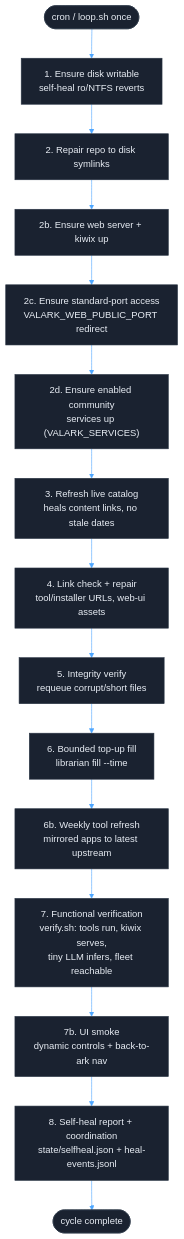
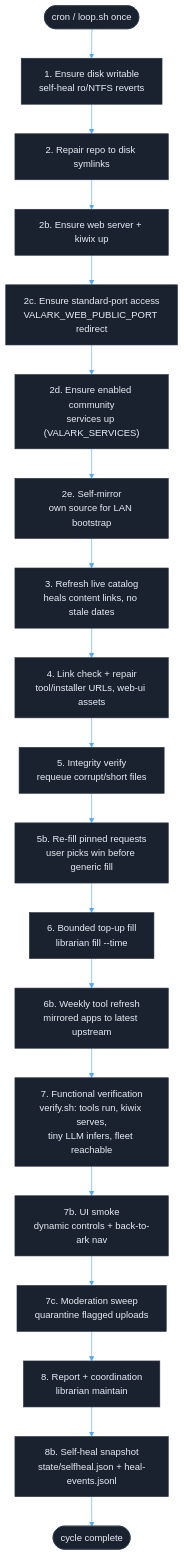
One commit to mvalancy/val-ark changed the third of 6 diagrams in docs/ARCHITECTURE.md. Above: the diagram before and after it, drawn with Mermaid. The commit also changed other lines of this file and 34 other files, not shown here.

````diff
--- a/docs/ARCHITECTURE.md
+++ b/docs/ARCHITECTURE.md
@@ -179,25 +189,29 @@
 ```mermaid
 %%{init: {'theme': 'base', 'themeVariables': {
   'primaryColor': '#1a2230',
   'primaryBorderColor': '#2a3545',
   'primaryTextColor': '#e8edf4',
   'lineColor': '#4da6ff',
   'secondaryColor': '#131921',
   'tertiaryColor': '#0a0e14'
 }}}%%
 flowchart TD
     CRON([cron / loop.sh once]) --> WRITE["1. Ensure disk writable<br/>self-heal ro/NTFS reverts"]
     WRITE --> LAYOUT["2. Repair repo to disk symlinks"]
     LAYOUT --> WEB["2b. Ensure web server + kiwix up"]
     WEB --> PUB["2c. Ensure standard-port access<br/>VALARK_WEB_PUBLIC_PORT redirect"]
     PUB --> SVCS["2d. Ensure enabled community<br/>services up (VALARK_SERVICES)"]
-    SVCS --> REFRESH["3. Refresh live catalog<br/>heals content links, no stale dates"]
+    SVCS --> SELF["2e. Self-mirror<br/>own source for LAN bootstrap"]
+    SELF --> REFRESH["3. Refresh live catalog<br/>heals content links, no stale dates"]
     REFRESH --> LINK["4. Link check + repair<br/>tool/installer URLs, web-ui assets"]
     LINK --> INTEG["5. Integrity verify<br/>requeue corrupt/short files"]
-    INTEG --> FILL["6. Bounded top-up fill<br/>librarian fill --time"]
+    INTEG --> PINS["5b. Re-fill pinned requests<br/>user picks win before generic fill"]
+    PINS --> FILL["6. Bounded top-up fill<br/>librarian fill --time"]
     FILL --> TOOLREF["6b. Weekly tool refresh<br/>mirrored apps to latest upstream"]
     TOOLREF --> FUNC["7. Functional verification<br/>verify.sh: tools run, kiwix serves,<br/>tiny LLM infers, fleet reachable"]
     FUNC --> UISMOKE["7b. UI smoke<br/>dynamic controls + back-to-ark nav"]
-    UISMOKE --> REPORT["8. Self-heal report + coordination<br/>state/selfheal.json + heal-events.jsonl"]
-    REPORT --> DONE([cycle complete])
+    UISMOKE --> MOD["7c. Moderation sweep<br/>quarantine flagged uploads"]
+    MOD --> REPORT["8. Report + coordination<br/>librarian maintain"]
+    REPORT --> SNAP["8b. Self-heal snapshot<br/>state/selfheal.json + heal-events.jsonl"]
+    SNAP --> DONE([cycle complete])
 ```
````
